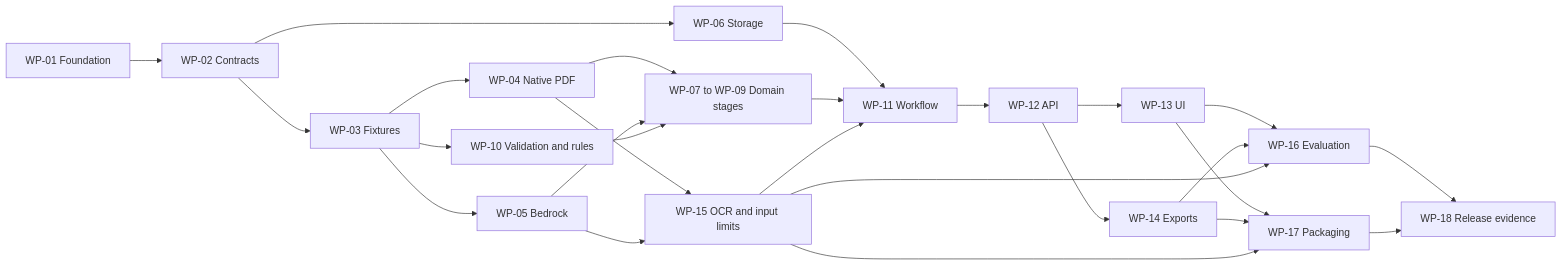
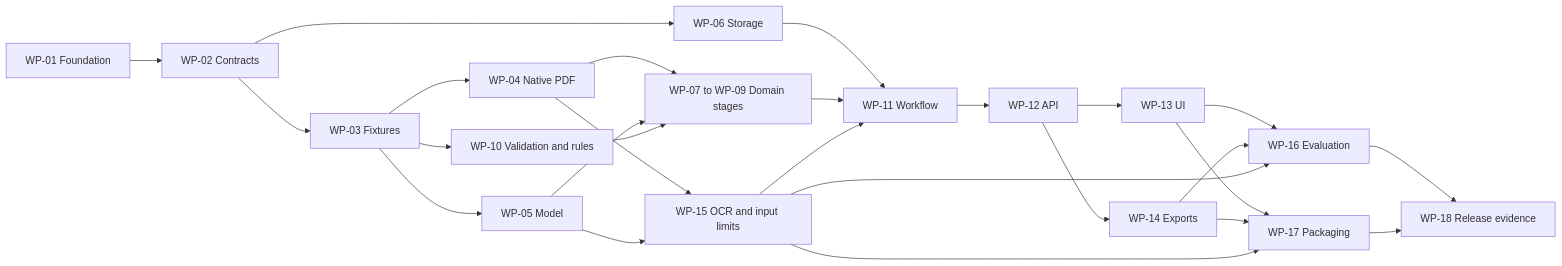
One commit to alexeynesteruk/aira changed the diagram in docs/work-breakdown.md. Above: the diagram before and after it, drawn with Mermaid. The commit also changed other lines of this file and 20 other files, not shown here.

````diff
--- a/docs/work-breakdown.md
+++ b/docs/work-breakdown.md
@@ -34,28 +34,28 @@
 ```mermaid
 flowchart LR
     W1[WP-01 Foundation] --> W2[WP-02 Contracts]
     W2 --> W3[WP-03 Fixtures]
     W2 --> W6[WP-06 Storage]
     W3 --> W4[WP-04 Native PDF]
-    W3 --> W5[WP-05 Bedrock]
+    W3 --> W5[WP-05 Model]
     W3 --> W10[WP-10 Validation and rules]
     W4 --> D[WP-07 to WP-09 Domain stages]
     W5 --> D
     W10 --> D
     W6 --> W11[WP-11 Workflow]
     D --> W11
     W11 --> W12[WP-12 API]
     W12 --> W13[WP-13 UI]
     W12 --> W14[WP-14 Exports]
     W4 --> W15[WP-15 OCR and input limits]
     W5 --> W15
     W15 --> W11
     W13 --> W16[WP-16 Evaluation]
     W14 --> W16
     W15 --> W16
     W13 --> W17[WP-17 Packaging]
     W14 --> W17
     W15 --> W17
     W16 --> W18[WP-18 Release evidence]
     W17 --> W18
 ```
````
